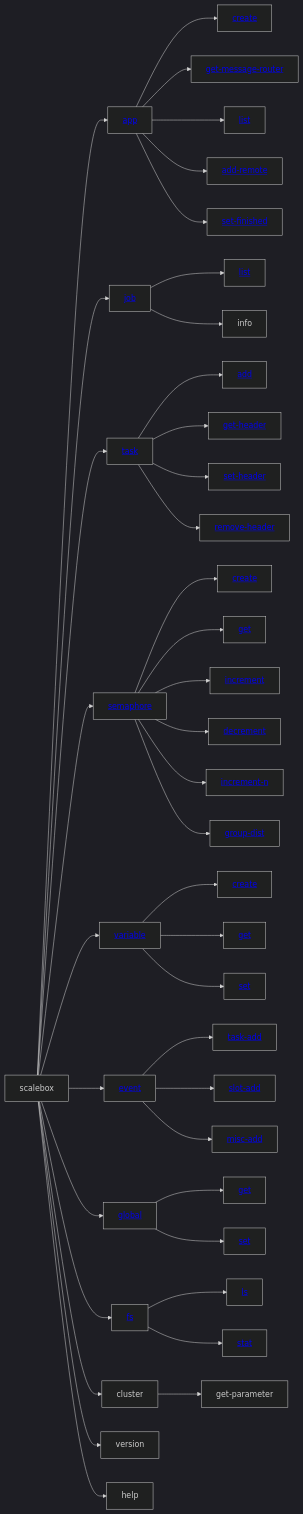
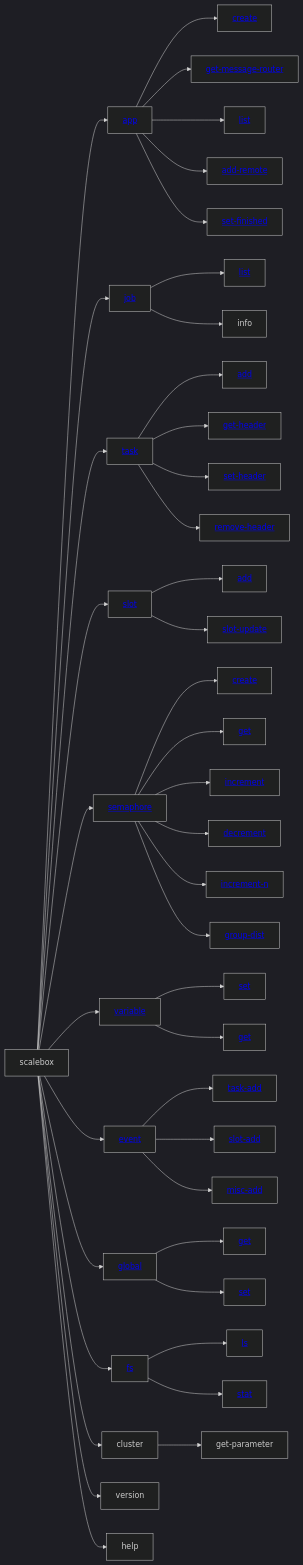
The diagram in docs/cn/source/appendix/cmdline.md (kaichao/scalebox), drawn with Mermaid (dark theme) before and after one commit. The commit also changed other lines of this file and 2 other files, not shown here.

````diff
--- a/docs/cn/source/appendix/cmdline.md
+++ b/docs/cn/source/appendix/cmdline.md
@@ -31,54 +31,57 @@
 ```{mermaid}
 
 graph LR
   scalebox --> app[<a href="#app">app</a>]
   app --> app-create[<a href="#app-create">create</a>]
   app --> get-message-router[<a href="#app-get-message-router">get-message-router</a>]
   app --> app-list[<a href="#app-list">list</a>]
   app --> app-add-remote[<a href="#app-add-remote">add-remote</a>]
   app --> app-set-finished[<a href="#app-set-finished">set-finished</a>]
 
   scalebox --> job[<a href="#job">job</a>]
   job --> job-list[<a href="#job-list">list</a>]
   job --> job-info[info]
 
   scalebox --> task[<a href="#task">task</a>]
   task --> task-add[<a href="#task-add">add</a>]
   task --> task-get-header[<a href="#task-get-header">get-header</a>]
   task --> task-set-header[<a href="#task-set-header">set-header</a>]
   task --> task-remove-header[<a href="#task-remove-header">remove-header</a>]
 
+  scalebox --> slot[<a href="#slot">slot</a>]
+  slot --> slot-add[<a href="#slot-add">add</a>]
+  slot --> slot-update[<a href="#slot-update">slot-update</a>]
+
   scalebox --> semaphore[<a href="#semaphore">semaphore</a>]
   semaphore --> sema-create[<a href="#semaphore-create">create</a>]
   semaphore --> semaphore-get[<a href="#semaphore-get">get</a>]
   semaphore --> increment[<a href="#semaphore-increment">increment</a>]
   semaphore --> decrement[<a href="#semaphore-decrement">decrement</a>]
   semaphore --> increment-n[<a href="#semaphore-increment">increment-n</a>]
   semaphore --> semaphore-group-dist[<a href="#semaphore-group-dist">group-dist</a>]
 
   scalebox --> variable[<a href="#variable">variable</a>]
-  variable --> variable-create[<a href="#variable-create">create</a>]
+  variable --> variable-set[<a href="#variable-set">set</a>]
   variable --> variable-get[<a href="#variable-get">get</a>]
-  variable --> variable-set[<a href="#variable-set">set</a>]
 
   scalebox --> event[<a href="#event">event</a>]
   event --> event-task-add[<a href="#event-task-add">task-add</a>]
   event --> event-slot-add[<a href="#event-slot-add">slot-add</a>]
   event --> event-misc-add[<a href="#event-misc-add">misc-add</a>]
 
   scalebox --> global[<a href="#global">global</a>]
   global --> global-get[<a href="#global-get">get</a>]
   global --> global-set[<a href="#global-set">set</a>]
 
   scalebox --> fs[<a href="#fs">fs</a>]
   fs --> fs-ls[<a href="#fs-ls">ls</a>]
   fs --> fs-stat[<a href="#fs-stat">stat</a>]
 
   scalebox --> cluster
   cluster --> get-parameter
 
   scalebox --> version
 
   scalebox --> help
 
 ```
````
